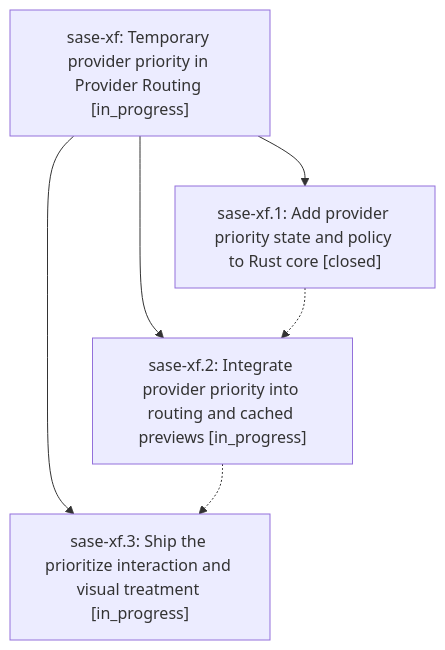
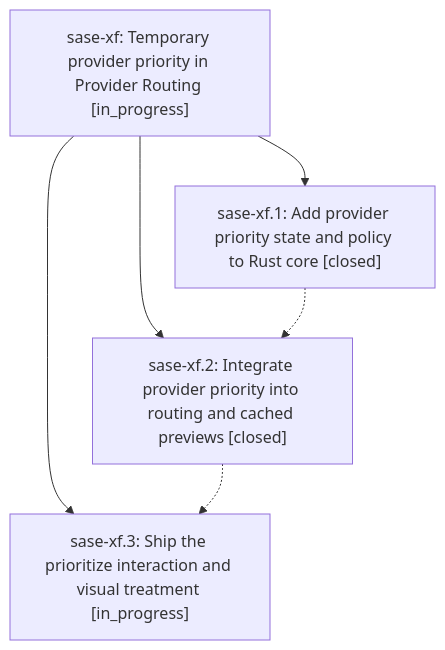
The diagram in pages/sase-xf/README.md (sase-org/sase--beads), drawn with Mermaid before and after one commit. The commit also changed other lines of this file and 3 other files, not shown here.

````diff
--- a/pages/sase-xf/README.md
+++ b/pages/sase-xf/README.md
@@ -36,12 +36,12 @@
 ```mermaid
 flowchart TD
     n0["sase-xf: Temporary provider priority in Provider Routing [in_progress]"]
     n1["sase-xf.1: Add provider priority state and policy to Rust core [closed]"]
-    n2["sase-xf.2: Integrate provider priority into routing and cached previews [in_progress]"]
+    n2["sase-xf.2: Integrate provider priority into routing and cached previews [closed]"]
     n3["sase-xf.3: Ship the prioritize interaction and visual treatment [in_progress]"]
     n0 --> n1
     n0 --> n2
     n0 --> n3
     n1 -.-> n2
     n2 -.-> n3
 ```
````
